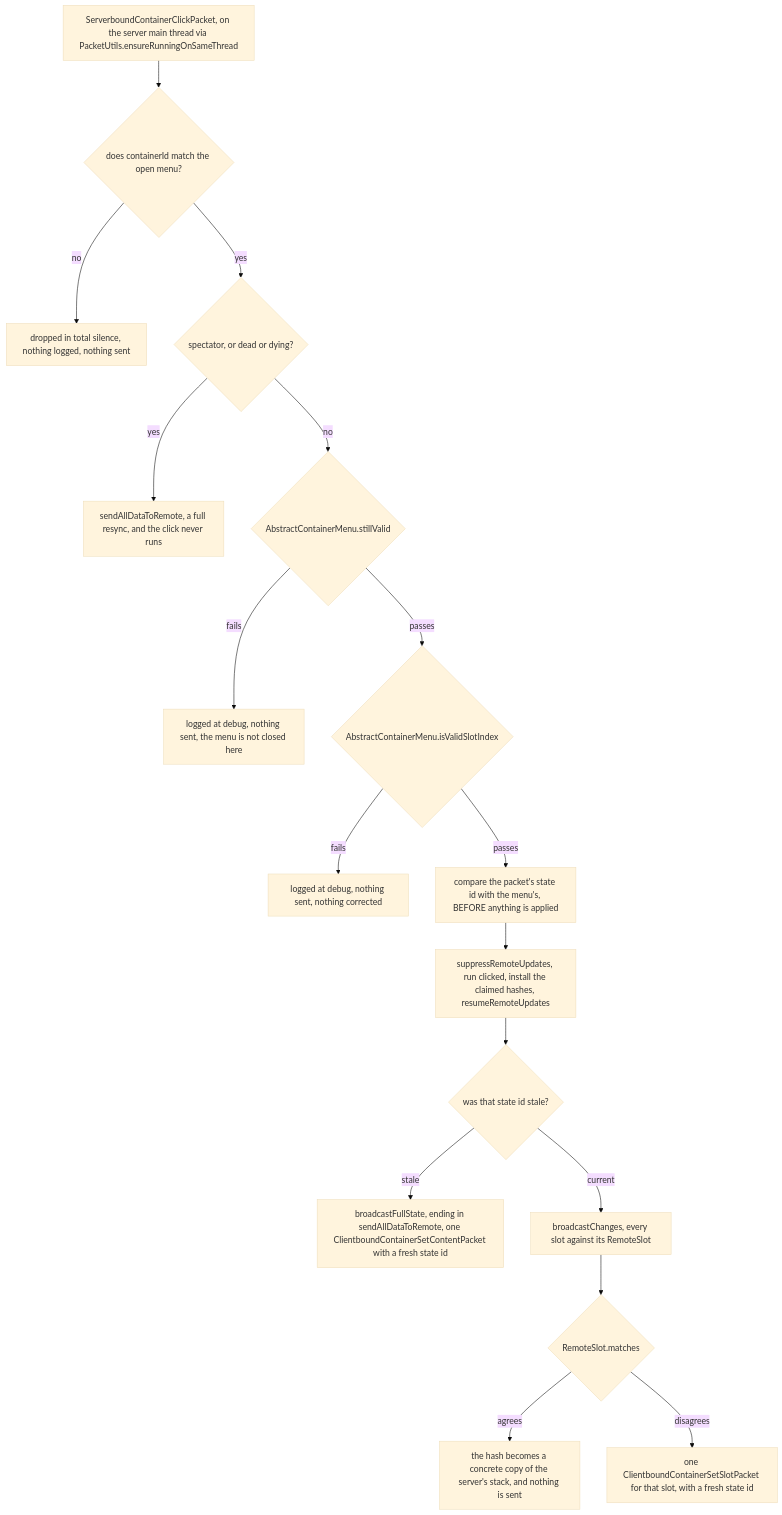
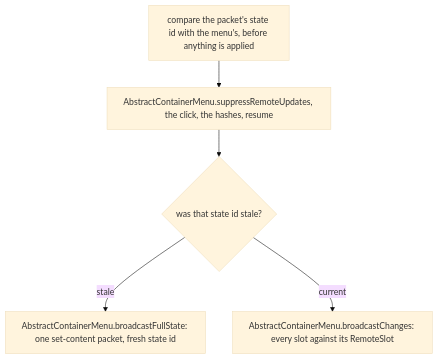
One commit to AlexanderjFraser/MinecraftDocs changed the second of 2 diagrams in src/systems/items/containers-and-menus.md. Above: the diagram before and after it, drawn with Mermaid (base theme). The commit also changed other lines of this file and 19 other files, not shown here.

````diff
--- a/src/systems/items/containers-and-menus.md
+++ b/src/systems/items/containers-and-menus.md
@@ -239,19 +256,8 @@
 ```mermaid
 flowchart TD
-    P["ServerboundContainerClickPacket, on the server main thread via PacketUtils.ensureRunningOnSameThread"] --> ID{"does containerId match the open menu?"}
-    ID -->|"no"| D1["dropped in total silence, nothing logged, nothing sent"]
-    ID -->|"yes"| SPEC{"spectator, or dead or dying?"}
-    SPEC -->|"yes"| D2["sendAllDataToRemote, a full resync, and the click never runs"]
-    SPEC -->|"no"| SV{"AbstractContainerMenu.stillValid"}
-    SV -->|"fails"| D3["logged at debug, nothing sent, the menu is not closed here"]
-    SV -->|"passes"| IX{"AbstractContainerMenu.isValidSlotIndex"}
-    IX -->|"fails"| D4["logged at debug, nothing sent, nothing corrected"]
-    IX -->|"passes"| ST["compare the packet's state id with the menu's, BEFORE anything is applied"]
-    ST --> AP["suppressRemoteUpdates, run clicked, install the claimed hashes, resumeRemoteUpdates"]
+    ST["compare the packet's state id with the menu's, before anything is applied"]:::server
+    ST --> AP["AbstractContainerMenu.suppressRemoteUpdates, the click, the hashes, resume"]:::server
     AP --> Q{"was that state id stale?"}
-    Q -->|"stale"| FULL["broadcastFullState, ending in sendAllDataToRemote, one ClientboundContainerSetContentPacket with a fresh state id"]
-    Q -->|"current"| BC["broadcastChanges, every slot against its RemoteSlot"]
-    BC --> AG{"RemoteSlot.matches"}
-    AG -->|"agrees"| SIL["the hash becomes a concrete copy of the server's stack, and nothing is sent"]
-    AG -->|"disagrees"| ONE["one ClientboundContainerSetSlotPacket for that slot, with a fresh state id"]
+    Q -->|"stale"| FULL["AbstractContainerMenu.broadcastFullState: one set-content packet, fresh state id"]:::server
+    Q -->|"current"| BC["AbstractContainerMenu.broadcastChanges: every slot against its RemoteSlot"]:::server
 ```
````
